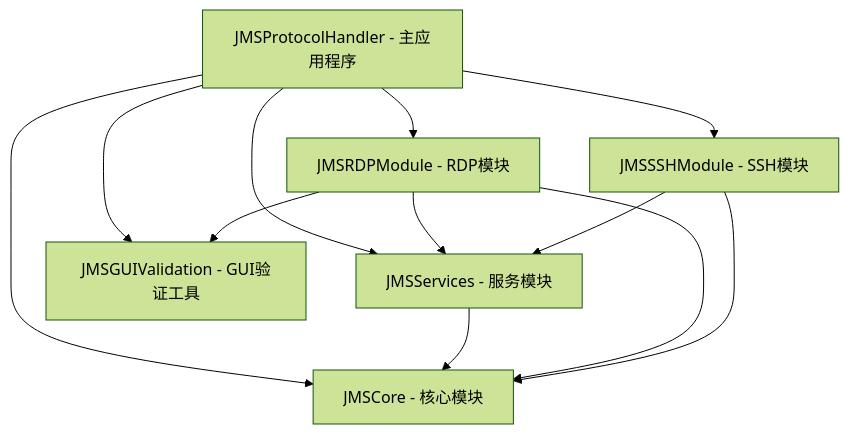
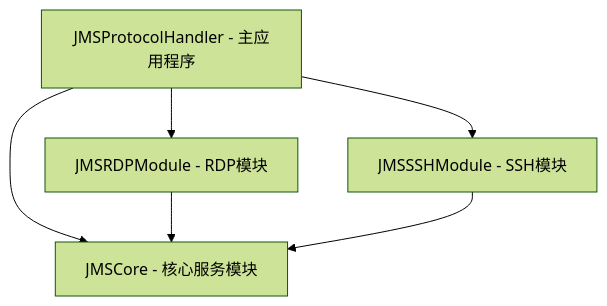
One commit to kylixs/JumpServerClient-MacOS-v2 changed the diagram in .kiro/specs/jms-protocol-handler/modules.md. Above: the diagram before and after it, drawn with Mermaid (forest theme). The commit also changed other lines of this file and 131 other files, not shown here.

````diff
--- a/.kiro/specs/jms-protocol-handler/modules.md
+++ b/.kiro/specs/jms-protocol-handler/modules.md
@@ -7,15 +7,9 @@
 ```mermaid
 graph TD
-    A[JMSProtocolHandler - 主应用程序] --> B[JMSCore - 核心模块]
-    A --> C[JMSServices - 服务模块]
-    A --> D[JMSRDPModule - RDP模块]
-    A --> E[JMSSSHModule - SSH模块]
-    A --> F[JMSGUIValidation - GUI验证工具]
+    A[JMSProtocolHandler - 主应用程序] --> B[JMSCore - 核心服务模块]
+    A --> C[JMSRDPModule - RDP模块]
+    A --> D[JMSSSHModule - SSH模块]
     
     C --> B
     D --> B
-    D --> C
-    D --> F
-    E --> B
-    E --> C
 ```
````
